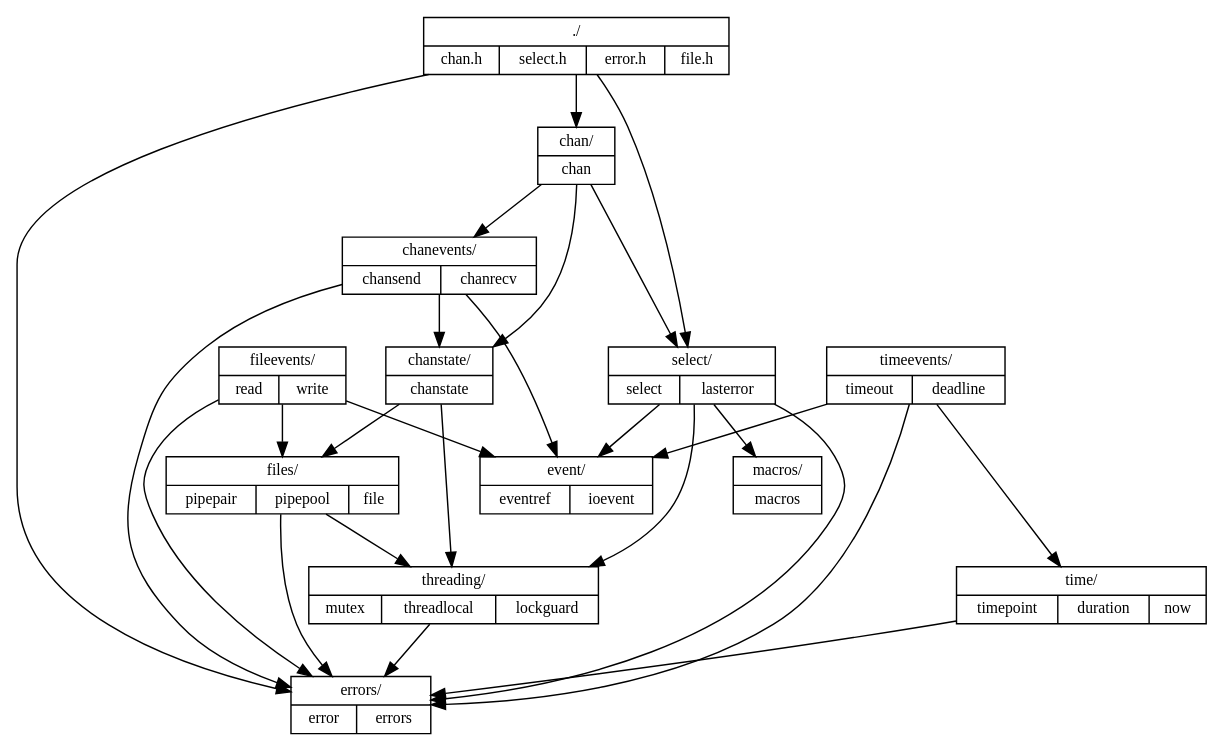
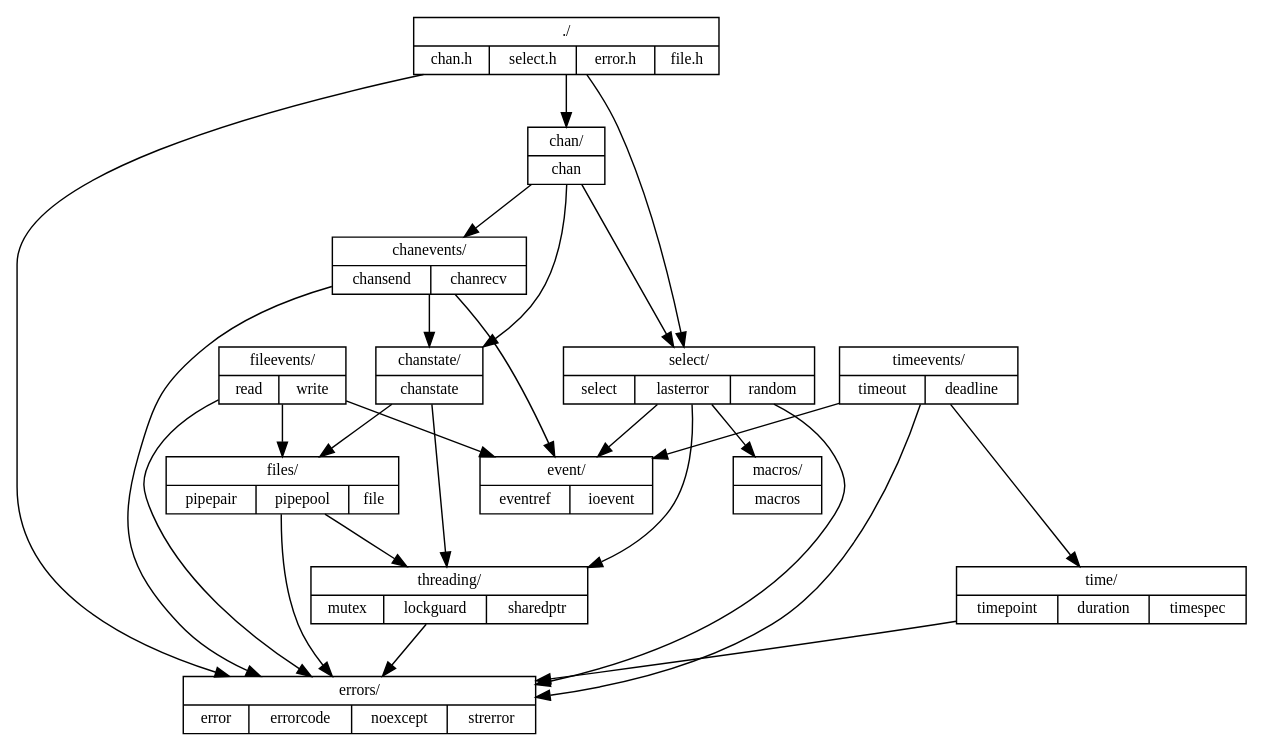
Before and after one commit to dgoffredo/chan: the diagram in src/chan/dependencies.dot, drawn with Graphviz. The commit also changed 6 other files, not shown here.

```diff
--- a/src/chan/dependencies.dot
+++ b/src/chan/dependencies.dot
@@ -1,52 +1,52 @@
 digraph structs {
     node [shape=record, fontsize=11];
 
-    root [label="{./|{chan.h|select.h|error.h|file.h}}"];
-    chan [label="{chan/|{chan}}"];
+    root       [label="{./|{chan.h|select.h|error.h|file.h}}"];
+    chan       [label="{chan/|{chan}}"];
     chanevents [label="{chanevents/|{chansend|chanrecv}}"];
-    chanstate [label="{chanstate/|{chanstate}}"];
+    chanstate  [label="{chanstate/|{chanstate}}"];
     fileevents [label="{fileevents/|{read|write}}"];
-    files [label="{files/|{pipepair|pipepool|file}}"];
-    select [label="{select/|{select|lasterror}}"];
-    errors [label="{errors/|{error|errors}}"];
-    threading [label="{threading/|{mutex|threadlocal|lockguard}}"];
-    event [label="{event/|{eventref|ioevent}}"];
-    macros [label="{macros/|{macros}}"];
-    time [label="{time/|{timepoint|duration|now}}"];
+    files      [label="{files/|{pipepair|pipepool|file}}"];
+    select     [label="{select/|{select|lasterror|random}}"];
+    errors     [label="{errors/|{error|errorcode|noexcept|strerror}}"];
+    threading  [label="{threading/|{mutex|lockguard|sharedptr}}"];
+    event      [label="{event/|{eventref|ioevent}}"];
+    macros     [label="{macros/|{macros}}"];
+    time       [label="{time/|{timepoint|duration|timespec}}"];
     timeevents [label="{timeevents/|{timeout|deadline}}"];
 
     root -> chan;
     root -> errors;
     root -> select;
 
     chan -> chanevents;
     chan -> chanstate;
     chan -> select;
 
     chanevents -> chanstate;
     chanevents -> event;
     chanevents -> errors;
     
     chanstate -> files;
     chanstate -> threading;
 
     fileevents -> files;
     fileevents -> event;
     fileevents -> errors;
 
     files -> errors;
     files -> threading;
 
     select -> threading;
     select -> errors;
     select -> event;
     select -> macros;
 
     time -> errors;
     
     timeevents -> time;
     timeevents -> event;
     timeevents -> errors;
 
     threading -> errors;
 }
```
